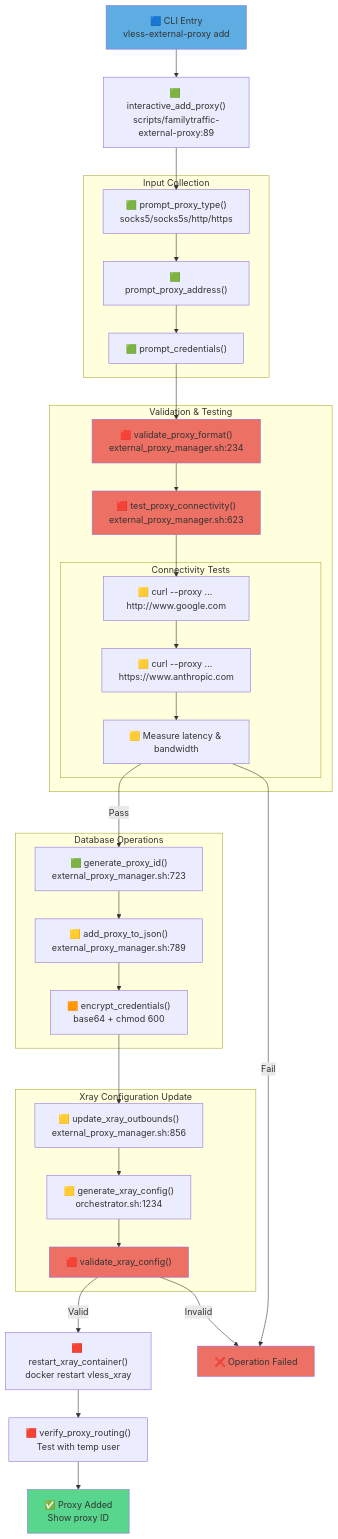
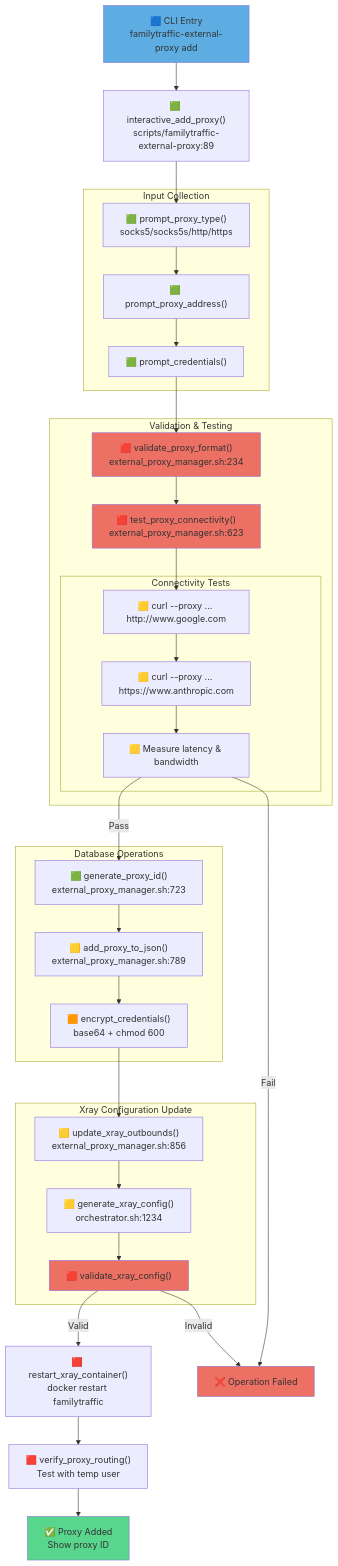
Before and after one commit to ikeniborn/vless: the sixth of 8 diagrams in docs/architecture/diagrams/dependencies/runtime-call-chains.md, drawn with Mermaid. The commit also changed other lines of this file and 66 other files, not shown here.

First line of the commit message:
refactor(rename): replace old project name 'vless' with 'familytraffic'

````diff
--- a/docs/architecture/diagrams/dependencies/runtime-call-chains.md
+++ b/docs/architecture/diagrams/dependencies/runtime-call-chains.md
@@ -469,73 +469,73 @@
 ```mermaid
 graph TB
-    CLI["🟦 CLI Entry<br/>vless-external-proxy add"]
+    CLI["🟦 CLI Entry<br/>familytraffic-external-proxy add"]
     WIZARD["🟩 interactive_add_proxy()<br/>scripts/familytraffic-external-proxy:89"]
 
     subgraph "Input Collection"
         TYPE["🟩 prompt_proxy_type()<br/>socks5/socks5s/http/https"]
         ADDR["🟩 prompt_proxy_address()"]
         CREDS["🟩 prompt_credentials()"]
     end
 
     subgraph "Validation & Testing"
         VFORMAT["🟥 validate_proxy_format()<br/>external_proxy_manager.sh:234"]
         TEST["🟥 test_proxy_connectivity()<br/>external_proxy_manager.sh:623"]
 
         subgraph "Connectivity Tests"
             TEST1["🟨 curl --proxy ... http://www.google.com"]
             TEST2["🟨 curl --proxy ... https://www.anthropic.com"]
             TEST3["🟨 Measure latency & bandwidth"]
         end
     end
 
     subgraph "Database Operations"
         GENID["🟩 generate_proxy_id()<br/>external_proxy_manager.sh:723"]
         ADD["🟨 add_proxy_to_json()<br/>external_proxy_manager.sh:789"]
         ENCRYPT["🟧 encrypt_credentials()<br/>base64 + chmod 600"]
     end
 
     subgraph "Xray Configuration Update"
         UPDATEOUT["🟨 update_xray_outbounds()<br/>external_proxy_manager.sh:856"]
         GENCONFIG["🟨 generate_xray_config()<br/>orchestrator.sh:1234"]
         VALIDATE["🟥 validate_xray_config()"]
     end
 
-    RESTART["🟥 restart_xray_container()<br/>docker restart vless_xray"]
+    RESTART["🟥 restart_xray_container()<br/>docker restart familytraffic"]
     VERIFY["🟥 verify_proxy_routing()<br/>Test with temp user"]
     SUCCESS["✅ Proxy Added<br/>Show proxy ID"]
     FAIL["❌ Operation Failed"]
 
     CLI --> WIZARD
     WIZARD --> TYPE
     TYPE --> ADDR
     ADDR --> CREDS
 
     CREDS --> VFORMAT
     VFORMAT --> TEST
     TEST --> TEST1
     TEST1 --> TEST2
     TEST2 --> TEST3
 
     TEST3 -->|Pass| GENID
     TEST3 -->|Fail| FAIL
 
     GENID --> ADD
     ADD --> ENCRYPT
     ENCRYPT --> UPDATEOUT
 
     UPDATEOUT --> GENCONFIG
     GENCONFIG --> VALIDATE
 
     VALIDATE -->|Valid| RESTART
     VALIDATE -->|Invalid| FAIL
 
     RESTART --> VERIFY
     VERIFY --> SUCCESS
 
     style CLI fill:#5dade2
     style VFORMAT fill:#ec7063
     style TEST fill:#ec7063
     style VALIDATE fill:#ec7063
     style SUCCESS fill:#58d68d
     style FAIL fill:#ec7063
 ```
````
